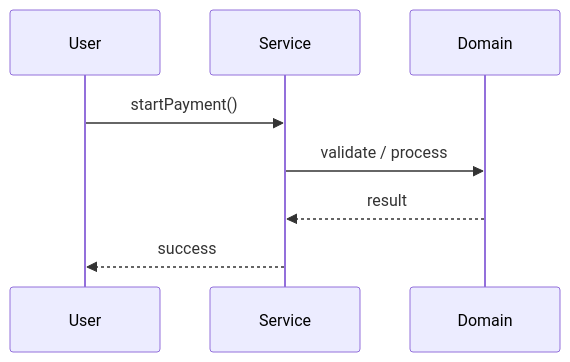
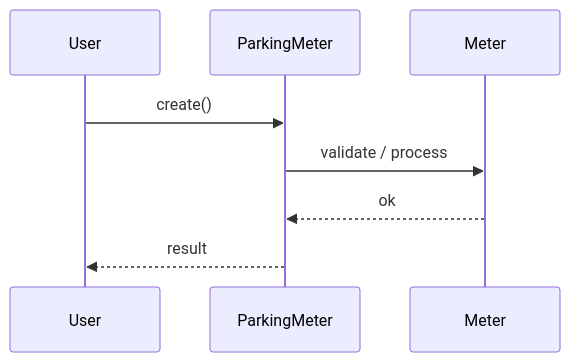
Before and after one commit to madhupaila/Interview-Prep-SSE: the second of 3 diagrams in Learn/System Design - Low Level Design/02-classic-ood/questions/Q30-parking-meter.md, drawn with Mermaid. The commit also changed other lines of this file and 491 other files, not shown here.

````diff
--- a/Learn/System Design - Low Level Design/02-classic-ood/questions/Q30-parking-meter.md
+++ b/Learn/System Design - Low Level Design/02-classic-ood/questions/Q30-parking-meter.md
@@ -121,10 +148,10 @@
 ```mermaid
 sequenceDiagram
-    participant U as User
-    participant S as Service
-    participant D as Domain
-    U->>S: startPayment()
-    S->>D: validate / process
-    D-->>S: result
-    S-->>U: success
+participant U as User
+participant S as ParkingMeter
+participant D as Meter
+U->>S: create()
+S->>D: validate / process
+D-->>S: ok
+S-->>U: result
 ```
````
